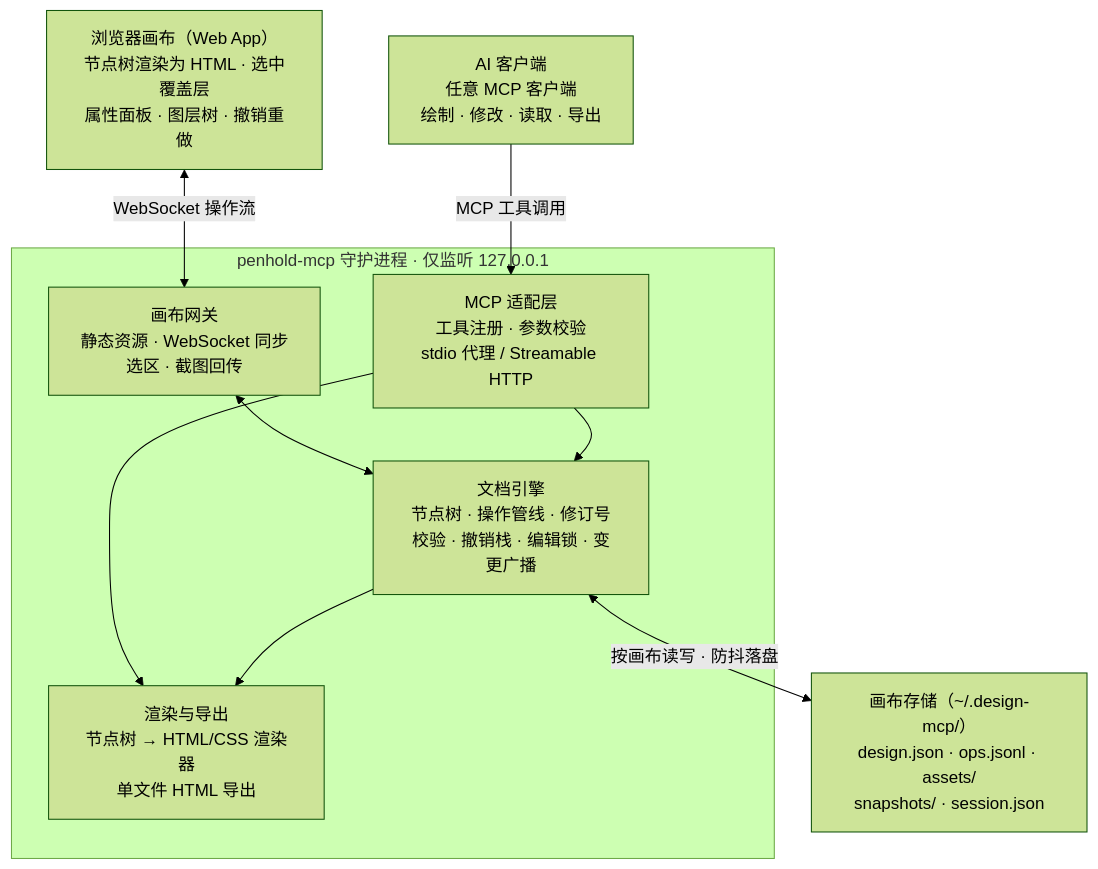
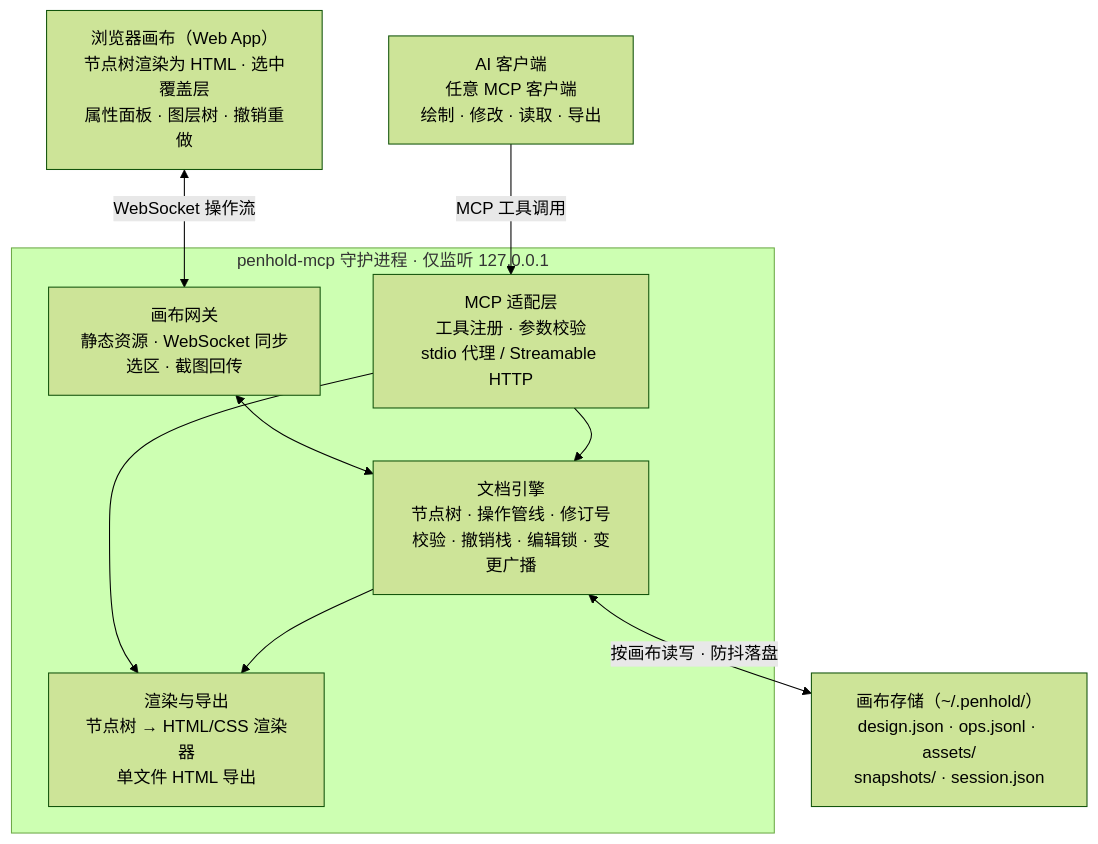
One commit to orionlize/penhold changed the diagram in docs/PRD.md. Above: the diagram before and after it, drawn with Mermaid (forest theme). The commit also changed other lines of this file and 4 other files, not shown here.

````diff
--- a/docs/PRD.md
+++ b/docs/PRD.md
@@ -41,19 +41,19 @@
 ```mermaid
 flowchart TB
     AI["AI 客户端<br/>任意 MCP 客户端<br/>绘制 · 修改 · 读取 · 导出"]
     WEB["浏览器画布（Web App）<br/>节点树渲染为 HTML · 选中覆盖层<br/>属性面板 · 图层树 · 撤销重做"]
     subgraph D["penhold-mcp 守护进程 · 仅监听 127.0.0.1"]
         MCP["MCP 适配层<br/>工具注册 · 参数校验<br/>stdio 代理 / Streamable HTTP"]
         ENG["文档引擎<br/>节点树 · 操作管线 · 修订号<br/>校验 · 撤销栈 · 编辑锁 · 变更广播"]
         GW["画布网关<br/>静态资源 · WebSocket 同步<br/>选区 · 截图回传"]
         SER["渲染与导出<br/>节点树 → HTML/CSS 渲染器<br/>单文件 HTML 导出"]
     end
-    STORE["画布存储（~/.design-mcp/）<br/>design.json · ops.jsonl · assets/<br/>snapshots/ · session.json"]
+    STORE["画布存储（~/.penhold/）<br/>design.json · ops.jsonl · assets/<br/>snapshots/ · session.json"]
     AI -- "MCP 工具调用" --> MCP
     WEB <-- "WebSocket 操作流" --> GW
     MCP --> ENG
     GW <--> ENG
     ENG --> SER
     MCP --> SER
     ENG <-- "按画布读写 · 防抖落盘" --> STORE
 ```
````
